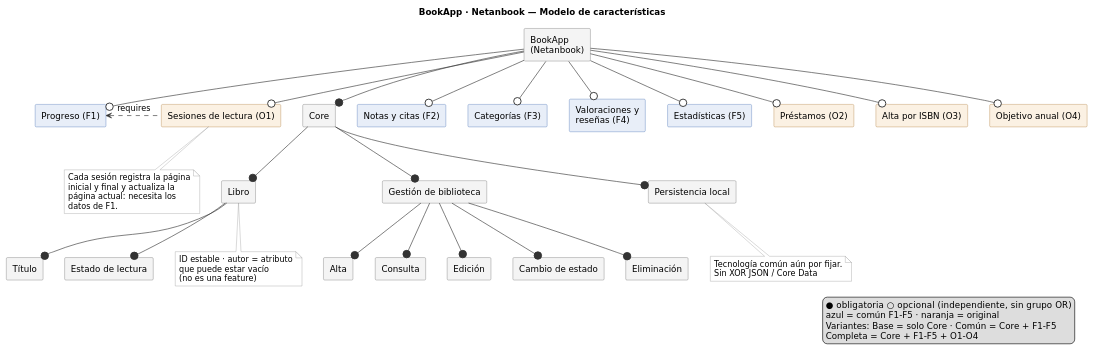
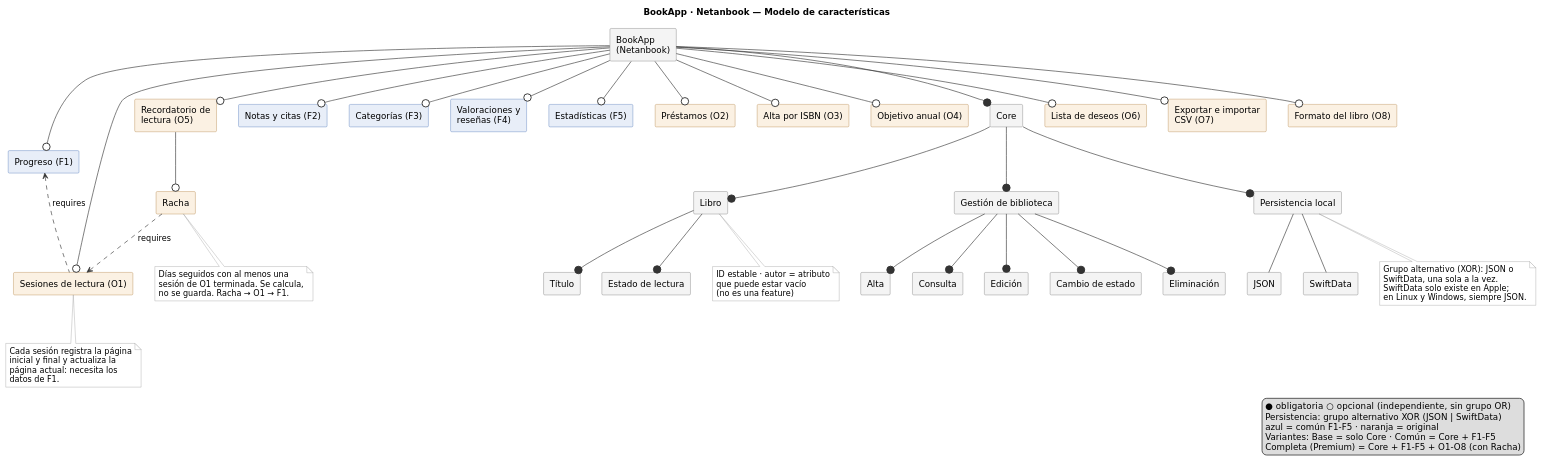
One commit to uallps/bookapp-netanbook changed the diagram in docs/modelo-caracteristicas.puml. Above: the diagram before and after it, drawn with PlantUML. The commit also changed 9 other files, not shown here.

Commit message:
Actualizacion de diagrama y cargue de plugins pendiente

```diff
--- a/docs/modelo-caracteristicas.puml
+++ b/docs/modelo-caracteristicas.puml
@@ -1,101 +1,125 @@
 @startuml modelo-caracteristicas
 ' Modelo de características de BookApp · grupo Netanbook (LPS, UAL 2026-27)
 ' Notación: ● obligatoria (--@)  ○ opcional (--0)  - - requires - ->  restricción cruzada
 skinparam defaultFontName DejaVu Sans
 skinparam shadowing false
 skinparam rectangle {
   BackgroundColor #F4F4F4
   BorderColor #555555
   RoundCorner 4
 }
 skinparam rectangle<<common>> {
   BackgroundColor #E8EEF8
   BorderColor #2456A6
 }
 skinparam rectangle<<original>> {
   BackgroundColor #FBF1E3
   BorderColor #A0661B
 }
 skinparam ArrowColor #333333
 skinparam NoteBackgroundColor #FFFFFF
 skinparam NoteBorderColor #888888
 hide stereotype
 title BookApp · Netanbook — Modelo de características
 
 rectangle "BookApp\n(Netanbook)" as root
 
 ' ---------- Core obligatorio ----------
 rectangle "Core" as core
 rectangle "Libro" as libro
 rectangle "Título" as titulo
 rectangle "Estado de lectura" as estado
 rectangle "Gestión de biblioteca" as gestion
 rectangle "Alta" as alta
 rectangle "Consulta" as consulta
 rectangle "Edición" as edicion
 rectangle "Cambio de estado" as cambio
 rectangle "Eliminación" as eliminar
 rectangle "Persistencia local" as persist
 
 root -down-@ core
 core -down-@ libro
 core -down-@ gestion
 core -down-@ persist
 libro -down-@ titulo
 libro -down-@ estado
 gestion -down-@ alta
 gestion -down-@ consulta
 gestion -down-@ edicion
 gestion -down-@ cambio
 gestion -down-@ eliminar
 
 note bottom of libro
   ID estable · autor = atributo
   que puede estar vacío
   (no es una feature)
 end note
+rectangle "JSON" as json
+rectangle "SwiftData" as swiftdata
+persist -down- json
+persist -down- swiftdata
 note bottom of persist
-  Tecnología común aún por fijar.
-  Sin XOR JSON / Core Data
+  Grupo alternativo (XOR): JSON o
+  SwiftData, una sola a la vez.
+  SwiftData solo existe en Apple;
+  en Linux y Windows, siempre JSON.
 end note
 
 ' ---------- Cinco features comunes (opcionales en la variante) ----------
 rectangle "Progreso (F1)" <<common>> as f1
 rectangle "Notas y citas (F2)" <<common>> as f2
 rectangle "Categorías (F3)" <<common>> as f3
 rectangle "Valoraciones y\nreseñas (F4)" <<common>> as f4
 rectangle "Estadísticas (F5)" <<common>> as f5
 
 root -down-0 f1
 root -down-0 f2
 root -down-0 f3
 root -down-0 f4
 root -down-0 f5
 
-' ---------- Features originales (una por integrante) ----------
+' ---------- Features originales (dos por integrante) ----------
 rectangle "Sesiones de lectura (O1)" <<original>> as o1
 rectangle "Préstamos (O2)" <<original>> as o2
 rectangle "Alta por ISBN (O3)" <<original>> as o3
 rectangle "Objetivo anual (O4)" <<original>> as o4
+rectangle "Recordatorio de\nlectura (O5)" <<original>> as o5
+rectangle "Racha" <<original>> as racha
+rectangle "Lista de deseos (O6)" <<original>> as o6
+rectangle "Exportar e importar\nCSV (O7)" <<original>> as o7
+rectangle "Formato del libro (O8)" <<original>> as o8
 
 root -down-0 o1
 root -down-0 o2
 root -down-0 o3
 root -down-0 o4
+root -down-0 o5
+root -down-0 o6
+root -down-0 o7
+root -down-0 o8
+o5 -down-0 racha
 
 ' ---------- Restricciones cruzadas ----------
 o1 .left.> f1 : requires
 note bottom of o1
   Cada sesión registra la página
   inicial y final y actualiza la
   página actual: necesita los
   datos de F1.
 end note
 
+racha ..> o1 : requires
+note bottom of racha
+  Días seguidos con al menos una
+  sesión de O1 terminada. Se calcula,
+  no se guarda. Racha → O1 → F1.
+end note
+
 legend right
   ● obligatoria   ○ opcional (independiente, sin grupo OR)
+  Persistencia: grupo alternativo XOR (JSON | SwiftData)
   azul = común F1–F5 · naranja = original
   Variantes: Base = solo Core · Común = Core + F1–F5
-  Completa = Core + F1–F5 + O1–O4
+  Completa (Premium) = Core + F1–F5 + O1–O8 (con Racha)
 endlegend
 @enduml
```
